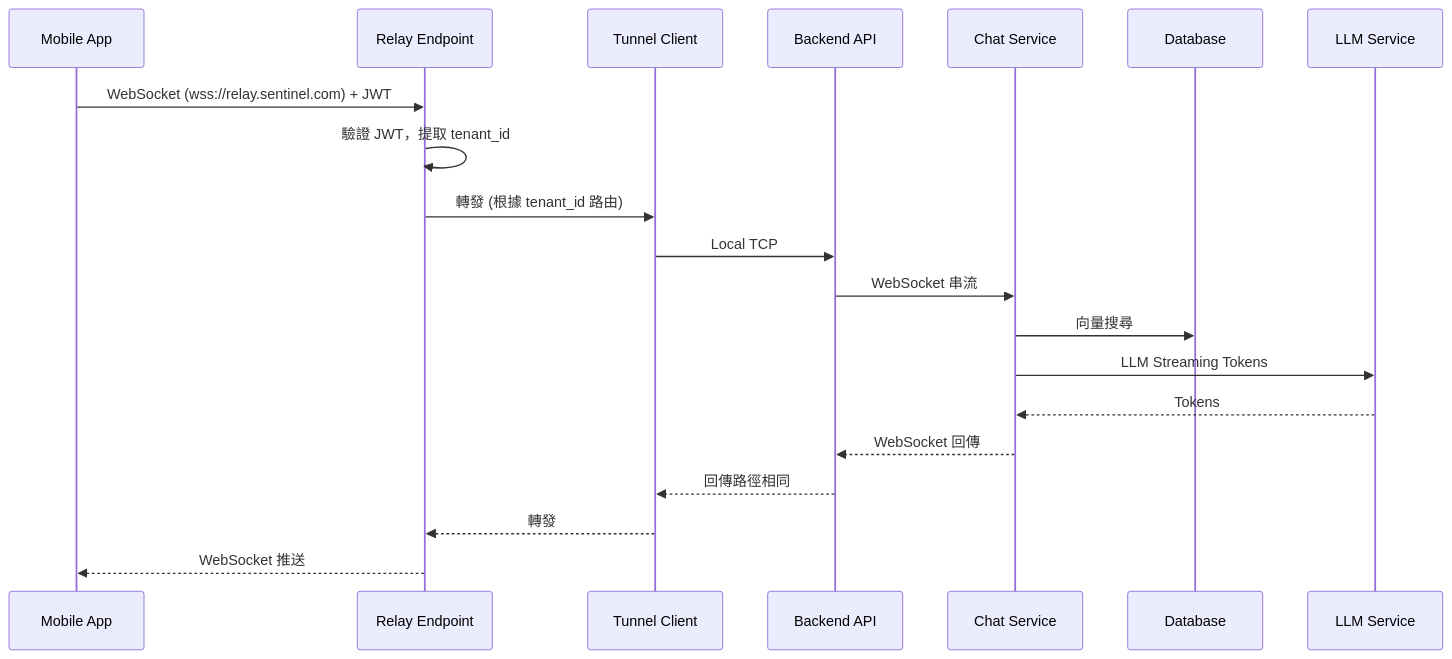
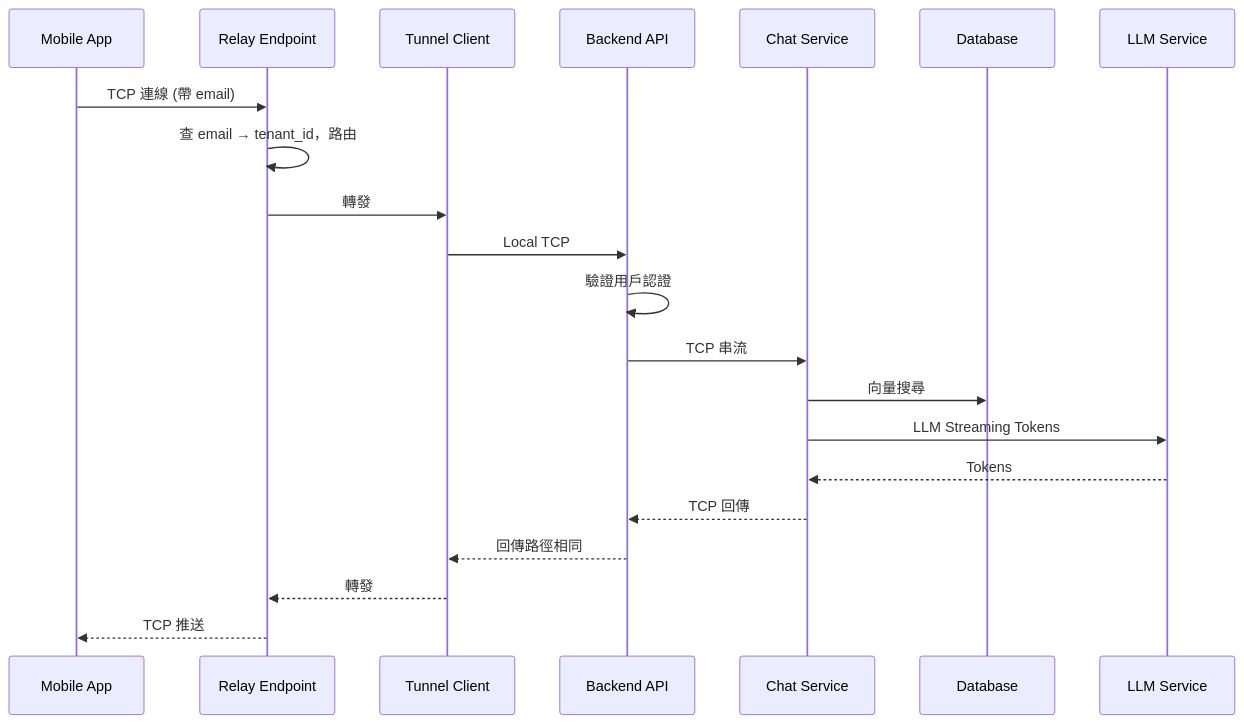
Before and after one commit to marychoucool/sentinelDesign: the second of 4 diagrams in containerDiagram.md, drawn with Mermaid. The commit also changed other lines of this file and 5 other files, not shown here.

````diff
--- a/containerDiagram.md
+++ b/containerDiagram.md
@@ -110,24 +109,25 @@
 ```mermaid
 sequenceDiagram
     participant App as Mobile App
     participant Relay as Relay Endpoint
     participant Tunnel as Tunnel Client
     participant API as Backend API
     participant Chat as Chat Service
     participant DB as Database
     participant LLM as LLM Service
 
-    App->>Relay: WebSocket (wss://relay.sentinel.com) + JWT
-    Relay->>Relay: 驗證 JWT，提取 tenant_id
-    Relay->>Tunnel: 轉發 (根據 tenant_id 路由)
+    App->>Relay: TCP 連線 (帶 email)
+    Relay->>Relay: 查 email → tenant_id，路由
+    Relay->>Tunnel: 轉發
     Tunnel->>API: Local TCP
-    API->>Chat: WebSocket 串流
+    API->>API: 驗證用戶認證
+    API->>Chat: TCP 串流
 
     Chat->>DB: 向量搜尋
     Chat->>LLM: LLM Streaming Tokens
     LLM-->>Chat: Tokens
-    Chat-->>API: WebSocket 回傳
+    Chat-->>API: TCP 回傳
     API-->>Tunnel: 回傳路徑相同
     Tunnel-->>Relay: 轉發
-    Relay-->>App: WebSocket 推送
+    Relay-->>App: TCP 推送
 ```
````
